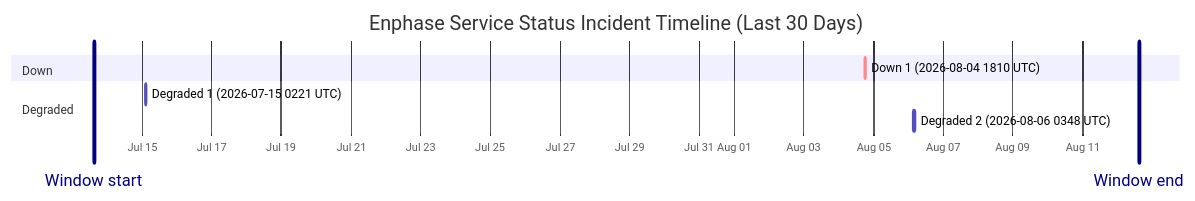
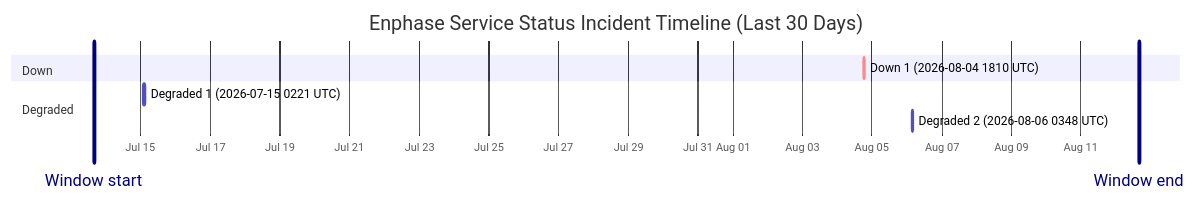
One commit to barneyonline/ha-enphase-energy changed the diagram in wiki/Service-Status-History.md. Above: the diagram before and after it, drawn with Mermaid. The commit also changed other lines of this file and 3 other files, not shown here.

````diff
--- a/wiki/Service-Status-History.md
+++ b/wiki/Service-Status-History.md
@@ -14,13 +14,13 @@
 ```mermaid
 gantt
     title Enphase Service Status Incident Timeline (Last 30 Days)
     dateFormat  YYYY-MM-DDTHH:mm:ss
     axisFormat  %b %d
-    Window start :vert, window-start, 2026-07-13T14:56:33, 0ms
-    Window end :vert, window-end, 2026-08-12T14:56:33, 0ms
+    Window start :vert, window-start, 2026-07-13T15:59:20, 0ms
+    Window end :vert, window-end, 2026-08-12T15:59:20, 0ms
     section Down
     Down 1 (2026-08-04 1810 UTC) :crit, down-1, 2026-08-04T18:10:46, 60m
     section Degraded
     Degraded 1 (2026-07-15 0221 UTC) :active, degraded-1, 2026-07-15T02:21:35, 60m
     Degraded 2 (2026-08-06 0348 UTC) :active, degraded-2, 2026-08-06T03:48:14, 60m
 ```
````
